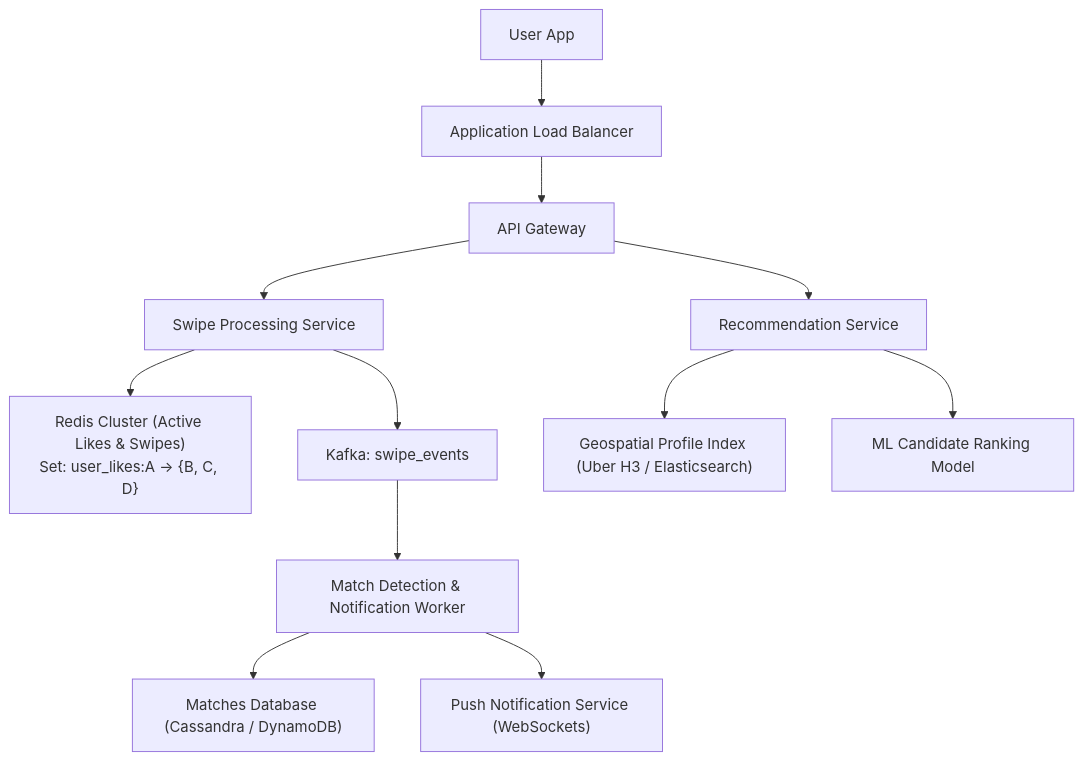
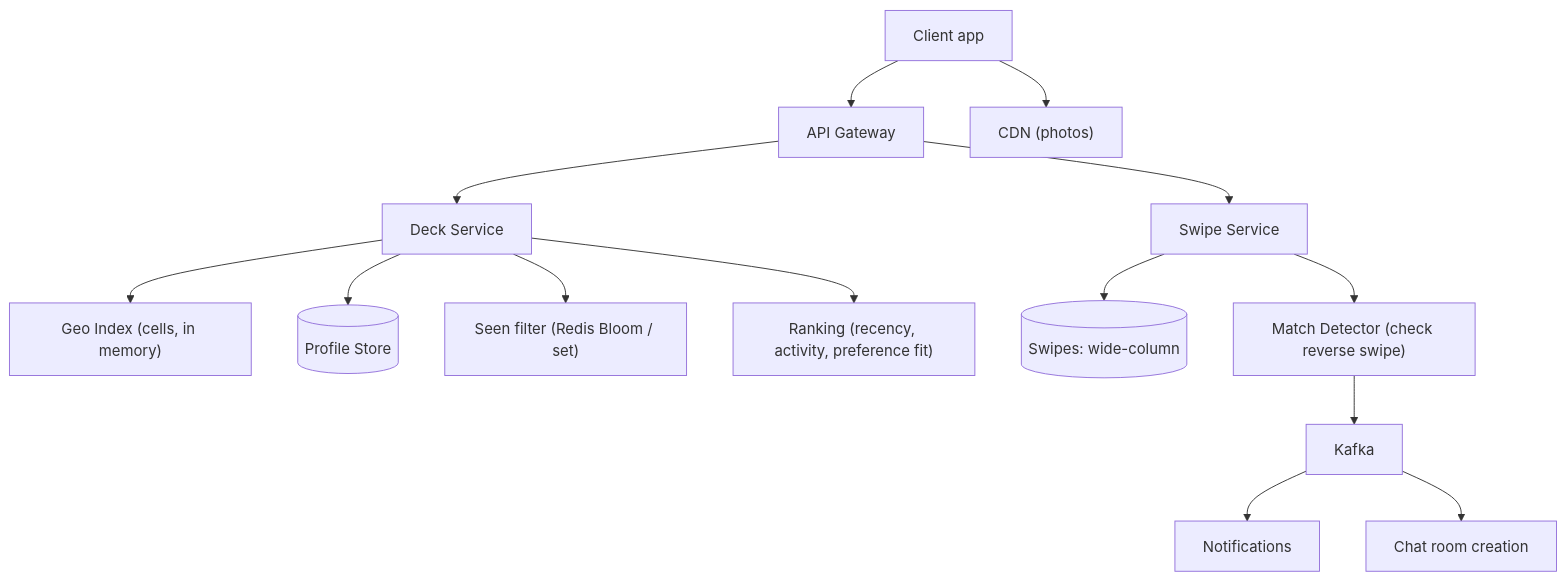
Before and after one commit to reddykarthikeya1/AI-Systems-Mastery: the diagram in 03-High-Level-Design/systems/08-tinder.md, drawn with Mermaid. The commit also changed other lines of this file and 9 other files, not shown here.

Commit message:
content(hld): expand 10 case studies with estimates (runnable), API, data model, failure modes, trade-offs, interview timeline

````diff
--- a/03-High-Level-Design/systems/08-tinder.md
+++ b/03-High-Level-Design/systems/08-tinder.md
@@ -20,17 +48,16 @@
 ```mermaid
 flowchart TD
-    Client["User App"] --> ALB["Application Load Balancer"]
-    ALB --> Gateway["API Gateway"]
-    
-    Gateway --> SwipeSvc["Swipe Processing Service"]
-    SwipeSvc --> MatchCache["Redis Cluster (Active Likes & Swipes)<br/>Set: user_likes:A -> {B, C, D}"]
-    
-    SwipeSvc --> Kafka["Kafka: swipe_events"]
-    Kafka --> MatchWorker["Match Detection & Notification Worker"]
-    MatchWorker --> MatchDB["Matches Database (Cassandra / DynamoDB)"]
-    MatchWorker --> PushSvc["Push Notification Service (WebSockets)"]
-    
-    Gateway --> RecSvc["Recommendation Service"]
-    RecSvc --> GeoIndex["Geospatial Profile Index (Uber H3 / Elasticsearch)"]
-    RecSvc --> MLRanker["ML Candidate Ranking Model"]
+    C["Client app"] --> API["API Gateway"]
+    API --> Deck["Deck Service"]
+    Deck --> Geo["Geo Index (cells, in memory)"]
+    Deck --> Prof[("Profile Store")]
+    Deck --> Seen["Seen filter (Redis Bloom / set)"]
+    Deck --> Rank["Ranking (recency, activity, preference fit)"]
+    API --> Swipe["Swipe Service"]
+    Swipe --> SW[("Swipes: wide-column")]
+    Swipe --> Match["Match Detector (check reverse swipe)"]
+    Match --> Bus["Kafka"]
+    Bus --> Push["Notifications"]
+    Bus --> Chat["Chat room creation"]
+    C --> CDN["CDN (photos)"]
 ```
````
